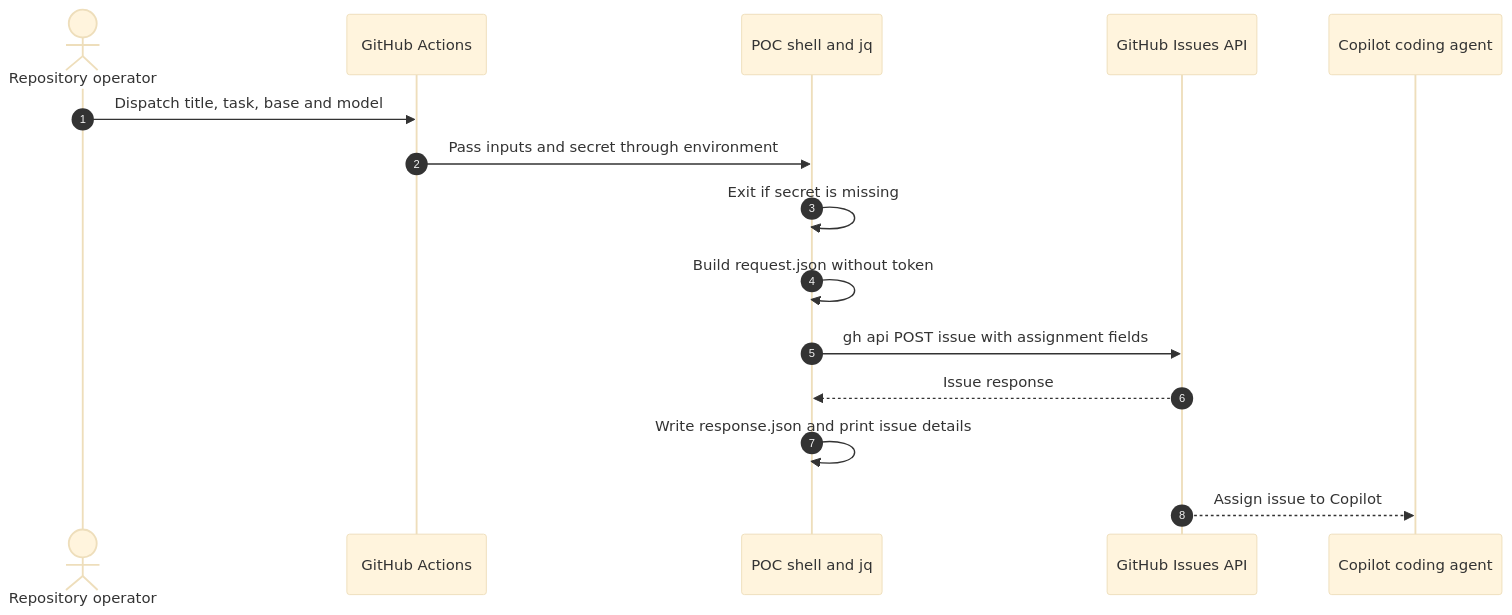
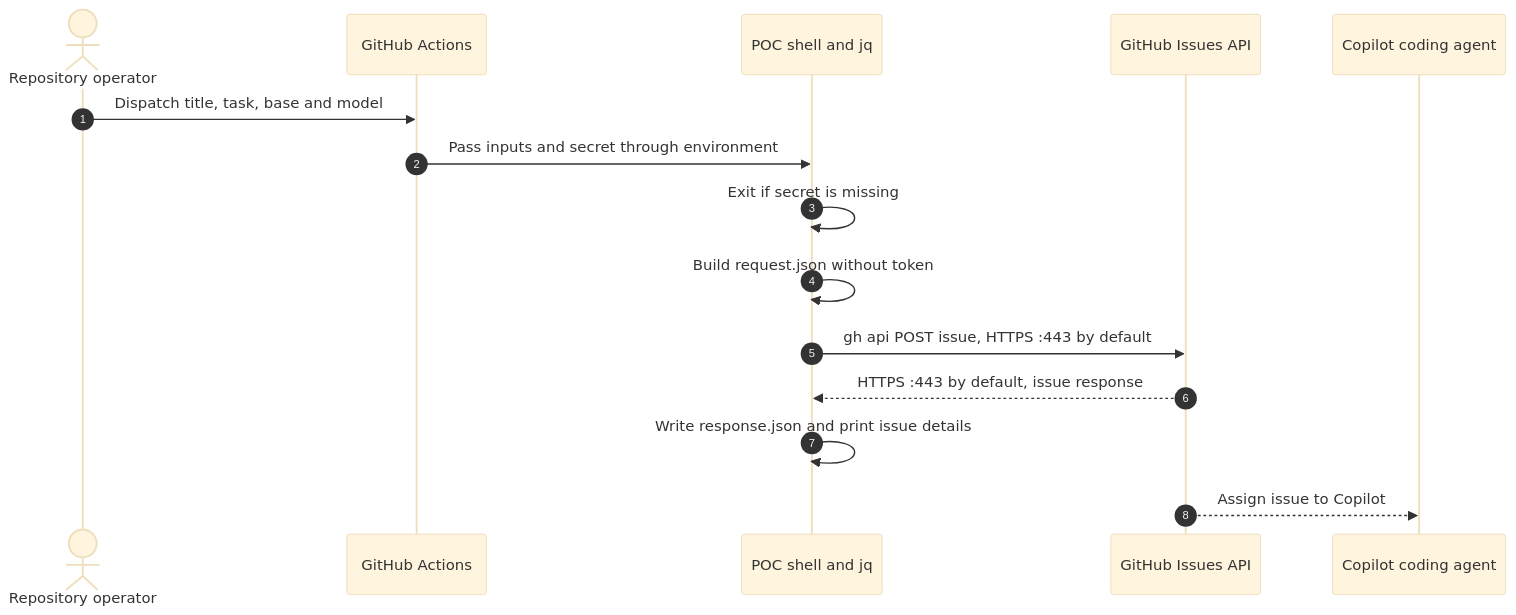
The tenth of 10 diagrams in codebase-analysis/hld/05-key-flows.md (vishalc412/bible-mode-b-test), drawn with Mermaid (base theme) before and after one commit. The commit also changed other lines of this file and 27 other files, not shown here.

````diff
--- a/codebase-analysis/hld/05-key-flows.md
+++ b/codebase-analysis/hld/05-key-flows.md
@@ -369,17 +369,17 @@
 ```mermaid
 sequenceDiagram
   autonumber
   actor Operator as Repository operator
   participant Actions as GitHub Actions
   participant Shell as POC shell and jq
   participant API as GitHub Issues API
   participant Agent as Copilot coding agent
   Operator->>Actions: Dispatch title, task, base and model
   Actions->>Shell: Pass inputs and secret through environment
   Shell->>Shell: Exit if secret is missing
   Shell->>Shell: Build request.json without token
-  Shell->>API: gh api POST issue with assignment fields
-  API-->>Shell: Issue response
+  Shell->>API: gh api POST issue, HTTPS :443 by default
+  API-->>Shell: HTTPS :443 by default, issue response
   Shell->>Shell: Write response.json and print issue details
   API-->>Agent: Assign issue to Copilot
 ```
````
